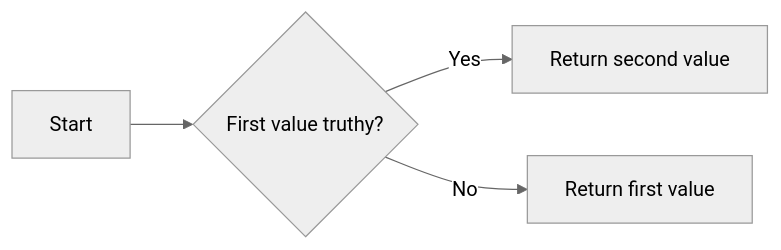
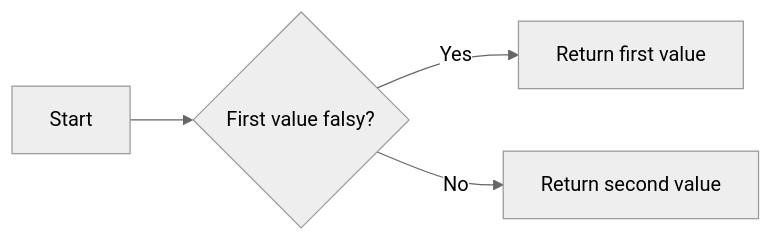
One commit to tecladocode/complete-python-course changed the first of 2 diagrams in course_contents/1_intro/lectures/10_and_or/README.md. Above: the diagram before and after it, drawn with Mermaid (neutral theme). The commit also changed other lines of this file and 33 other files, not shown here.

````diff
--- a/course_contents/1_intro/lectures/10_and_or/README.md
+++ b/course_contents/1_intro/lectures/10_and_or/README.md
@@ -52,6 +73,6 @@
 ```mermaid
 graph LR
-A[Start] --> B{First value truthy?};
-B --> |Yes| C[Return second value];
-B --> |No| D[Return first value];
+A[Start] --> B{First value falsy?};
+B --> |Yes| C[Return first value];
+B --> |No| D[Return second value];
 ```
````
